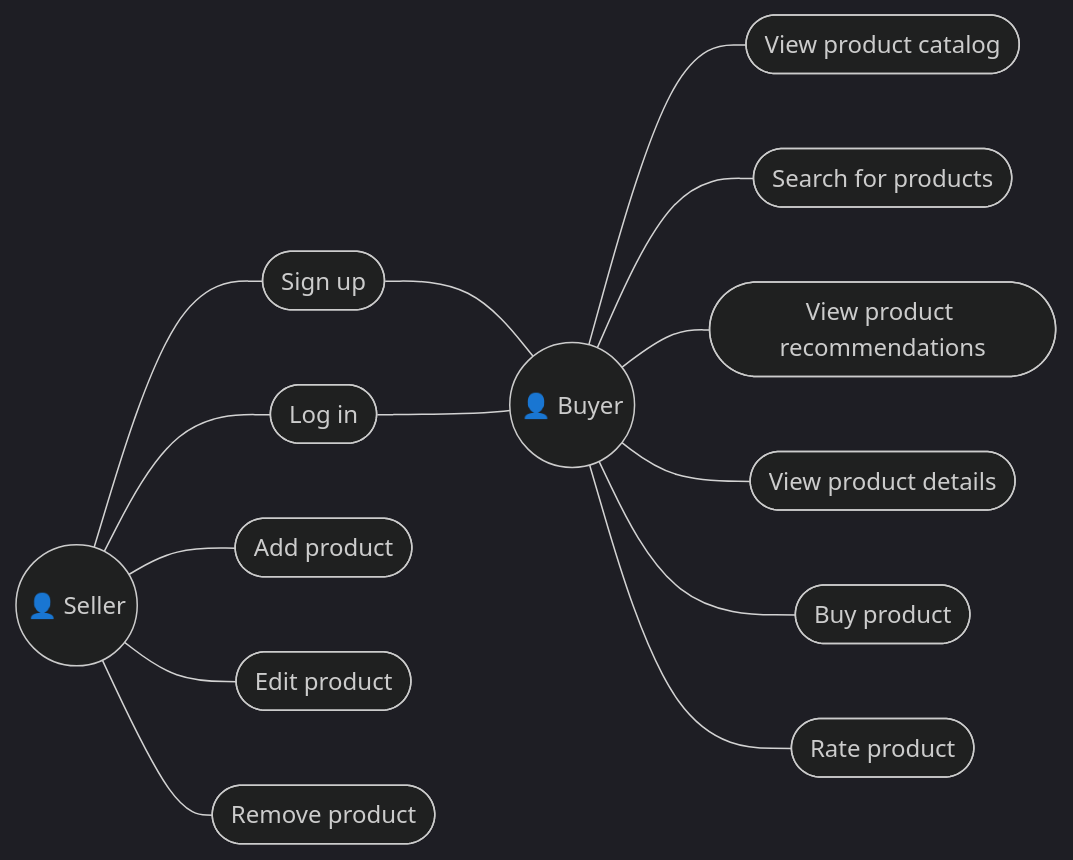
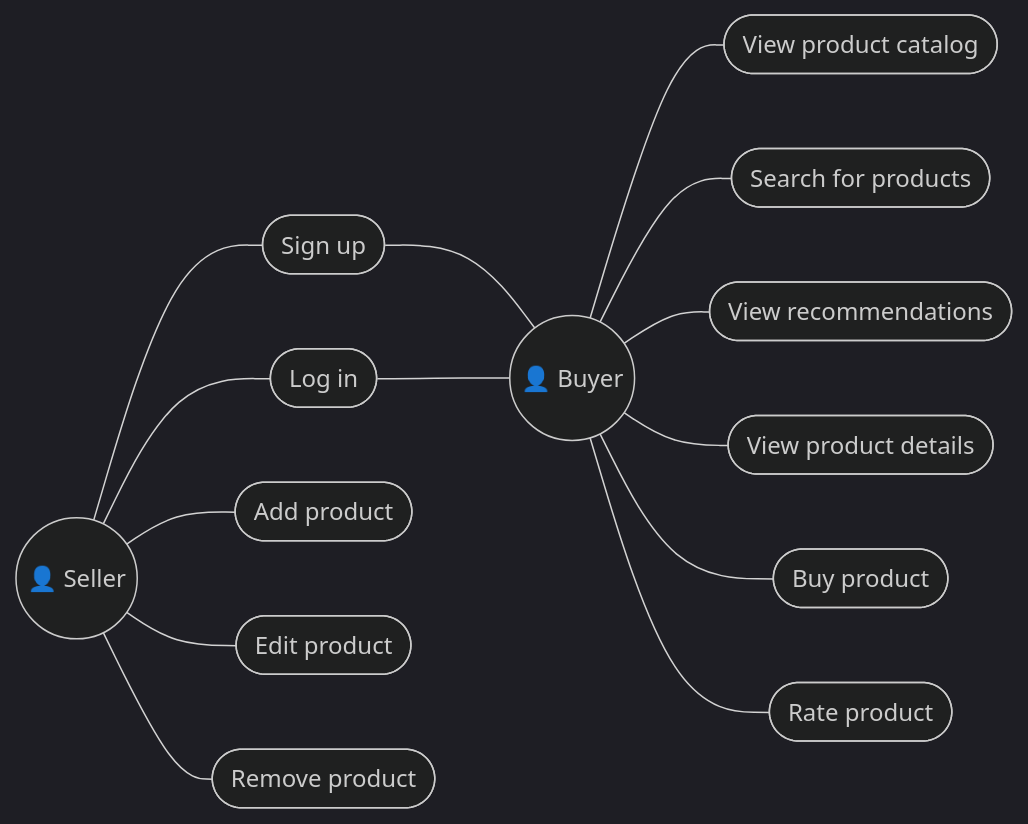
One commit to rafaritter44/architecture-katas changed the third of 3 diagrams in latency-aficionados/README.md. Above: the diagram before and after it, drawn with Mermaid (dark theme).

Commit message:
Reduce big label size

````diff
--- a/latency-aficionados/README.md
+++ b/latency-aficionados/README.md
@@ -119,22 +119,22 @@
 ```mermaid
 flowchart LR
   s((👤 Seller))
   b((👤 Buyer))
 
   su([Sign up])
   li([Log in])
 
   s --- su --- b
   s --- li --- b
 
   s --- ap([Add product])
   s --- ep([Edit product])
   s --- rp([Remove product])
 
   b --- vpc([View product catalog])
   b --- sfp([Search for products])
-  b --- vpr([View product recommendations])
+  b --- vr([View recommendations])
   b --- vpd([View product details])
   b --- bp([Buy product])
   b --- rp2([Rate product])
 ```
````
